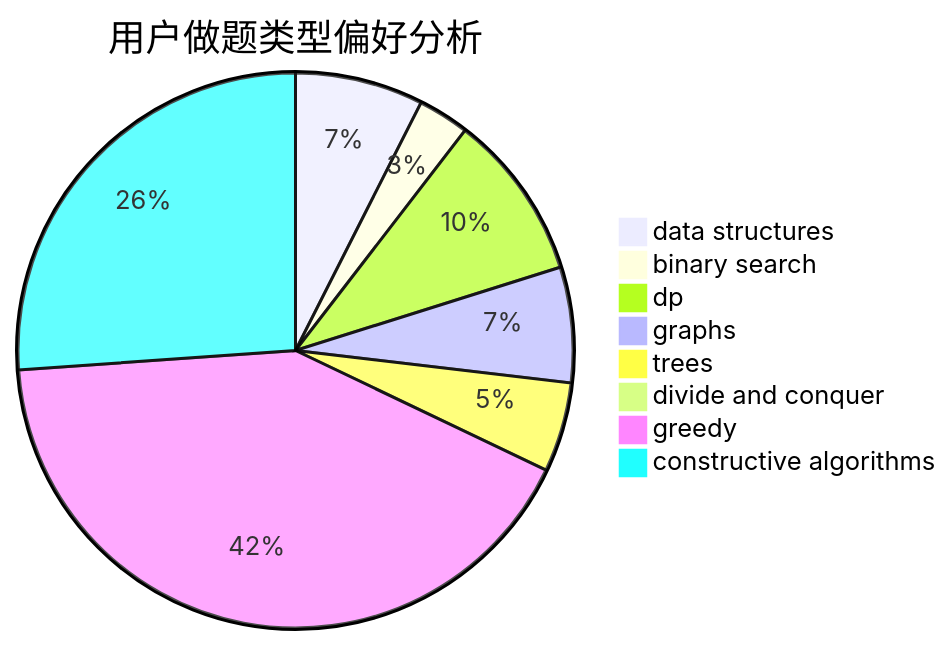
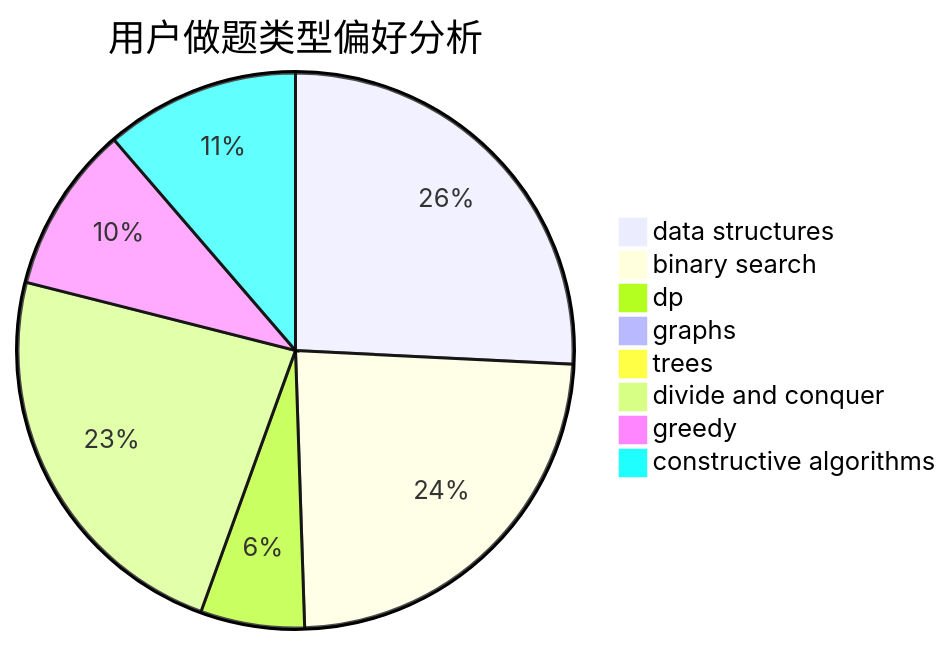
Before and after one commit to sherpahu/cfrs.github.io: the second of 3 diagrams in docs/user/u1806.md, drawn with Mermaid. The commit also changed other lines of this file and 2770 other files, not shown here.

````diff
--- a/docs/user/u1806.md
+++ b/docs/user/u1806.md
@@ -23,11 +23,11 @@
 ```mermaid
 pie title 用户做题类型偏好分析
-    "data structures" :  10
-    "binary search" :  4
-    "dp" :  13
-    "graphs" :  9
-    "trees" :  7
-    "divide and conquer" :  0
-    "greedy" :  56
-    "constructive algorithms" :  35
+    "data structures" :  98
+    "binary search" :  90
+    "dp" :  23
+    "graphs" :  0
+    "trees" :  0
+    "divide and conquer" :  89
+    "greedy" :  37
+    "constructive algorithms" :  43
 ```
````
